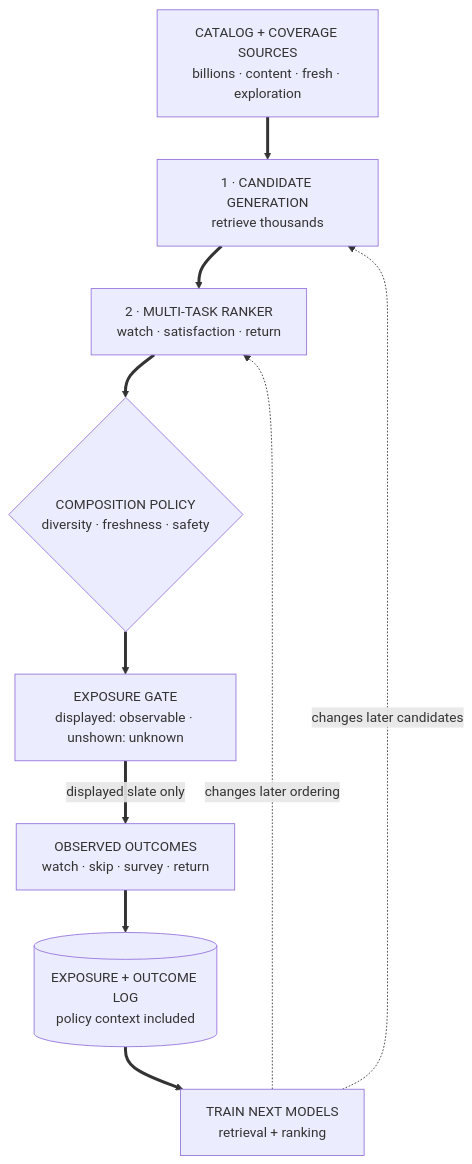
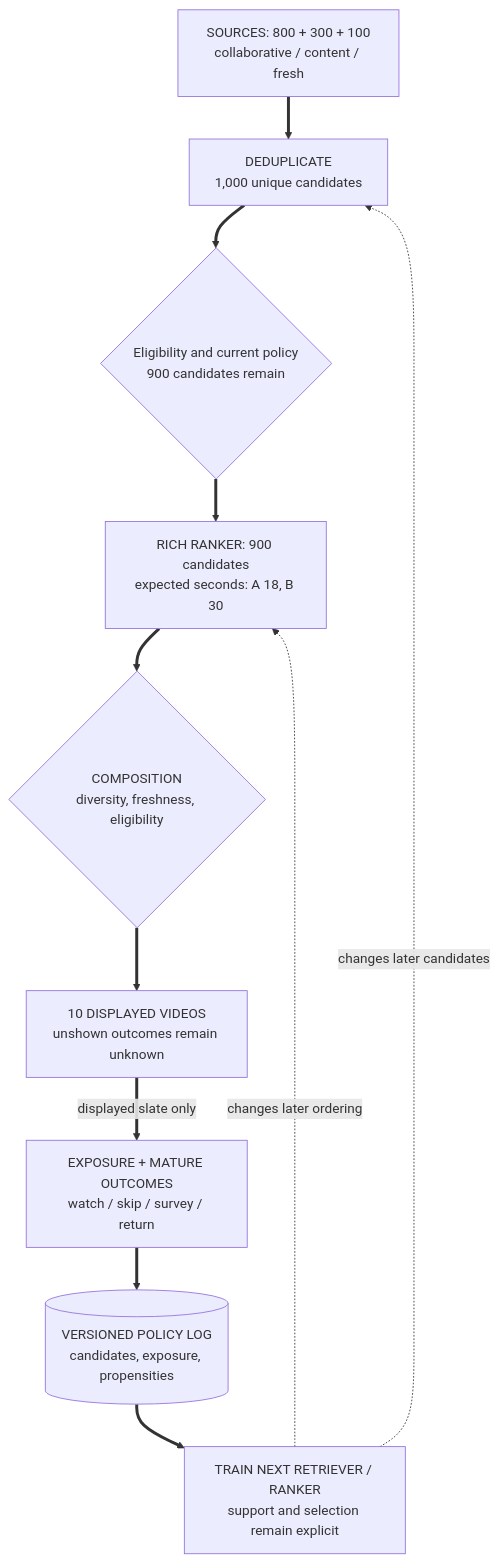
One commit to mlmentorship/mlmentorship.github.io changed the diagram in src/content/posts/2025-10-20-design-youtube-recommender.md. Above: the diagram before and after it, drawn with Mermaid. The commit also changed other lines of this file and 258 other files, not shown here.

````diff
--- a/src/content/posts/2025-10-20-design-youtube-recommender.md
+++ b/src/content/posts/2025-10-20-design-youtube-recommender.md
@@ -96,31 +52,32 @@
 ```mermaid
 flowchart TB
-  accTitle: A two-stage recommender also acts as a selective data-collection policy
-  accDescr: A catalog of billions plus content, fresh-item, and randomized-exploration sources enter candidate generation, producing thousands of candidates. A richer multi-task ranker scores those candidates, and a composition policy applies diversity, freshness, and safety constraints. This creates an exposure gate: the small displayed slate can produce observed outcomes, while unshown outcomes remain unknown rather than negative. Logged exposure-policy context and outcomes train later retrieval and ranking models, closing a feedback loop. Randomized exploration broadens which items receive exposure.
-  Sources["CATALOG + COVERAGE SOURCES<br/>billions · content · fresh · exploration"]
-  Retrieve["1 · CANDIDATE GENERATION<br/>retrieve thousands"]
-  Rank["2 · MULTI-TASK RANKER<br/>watch · satisfaction · return"]
-  Compose{"COMPOSITION POLICY<br/>diversity · freshness · safety"}
-  Gate["EXPOSURE GATE<br/>displayed: observable · unshown: unknown"]
-  Outcomes["OBSERVED OUTCOMES<br/>watch · skip · survey · return"]
-  Logs[("EXPOSURE + OUTCOME LOG<br/>policy context included")]
-  Train["TRAIN NEXT MODELS<br/>retrieval + ranking"]
+  accTitle: A concrete retrieval funnel limits both choices and ordinary feedback
+  accDescr: In a fictional request, collaborative, content and fresh sources return 800, 300 and 100 candidates. Deduplication yields 1000 unique candidates and eligibility leaves 900. Rich ranking can order those 900, but cannot recover an absent video. A has expected watch time 18 seconds and B has 30, though A has higher watch probability. Composition selects ten eligible displayed videos. Their exposure and mature outcomes enter the policy log; the other outcomes remain unknown. Later training changes retrieval and ranking, so exposure selection must remain visible.
+  Sources["SOURCES: 800 + 300 + 100<br/>collaborative / content / fresh"]
+  Retrieve["DEDUPLICATE<br/>1,000 unique candidates"]
+  Eligible{"Eligibility and current policy<br/>900 candidates remain"}
+  Rank["RICH RANKER: 900 candidates<br/>expected seconds: A 18, B 30"]
+  Compose{"COMPOSITION<br/>diversity, freshness, eligibility"}
+  Gate["10 DISPLAYED VIDEOS<br/>unshown outcomes remain unknown"]
+  Outcomes["EXPOSURE + MATURE OUTCOMES<br/>watch / skip / survey / return"]
+  Logs[("VERSIONED POLICY LOG<br/>candidates, exposure, propensities")]
+  Train["TRAIN NEXT RETRIEVER / RANKER<br/>support and selection remain explicit"]
 
   Sources ==> Retrieve
-  Retrieve ==> Rank
+  Retrieve ==> Eligible ==> Rank
   Rank ==> Compose
   Compose ==> Gate
   Gate ==>|"displayed slate only"| Outcomes
   Outcomes ==> Logs
   Logs ==> Train
   Train -.->|"changes later candidates"| Retrieve
   Train -.->|"changes later ordering"| Rank
 
   class Logs viz-state
-  class Retrieve,Rank,Compose viz-focus
+  class Retrieve,Eligible,Rank,Compose viz-focus
   class Sources viz-input
   class Train viz-neutral
   class Outcomes viz-output
   class Gate viz-warning
   class Sources viz-tall
 ```
````
